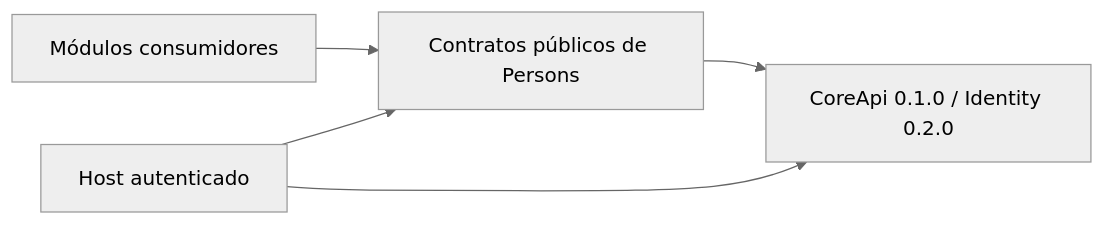
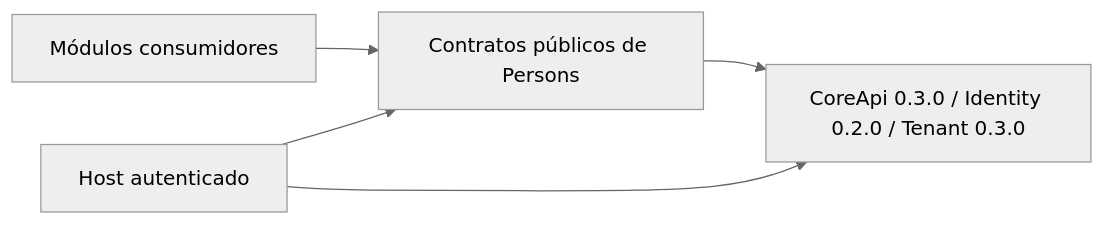
One commit to jlbellonGmail/gi-common-persons changed the diagram in docs/tecnica/arquitectura-persons.md. Above: the diagram before and after it, drawn with Mermaid (neutral theme). The commit also changed other lines of this file and 30 other files, not shown here.

Commit message:
feat: integrar Core 0.3.0 y Tenants 0.1.1 en Persons

````diff
--- a/docs/tecnica/arquitectura-persons.md
+++ b/docs/tecnica/arquitectura-persons.md
@@ -21,7 +21,7 @@
 ```mermaid
 flowchart LR
   Consumidor[Módulos consumidores] --> Persons[Contratos públicos de Persons]
-  Persons --> Core[CoreApi 0.1.0 / Identity 0.2.0]
+  Persons --> Core[CoreApi 0.3.0 / Identity 0.2.0 / Tenant 0.3.0]
   Host[Host autenticado] --> Persons
   Host --> Core
 ```
````
